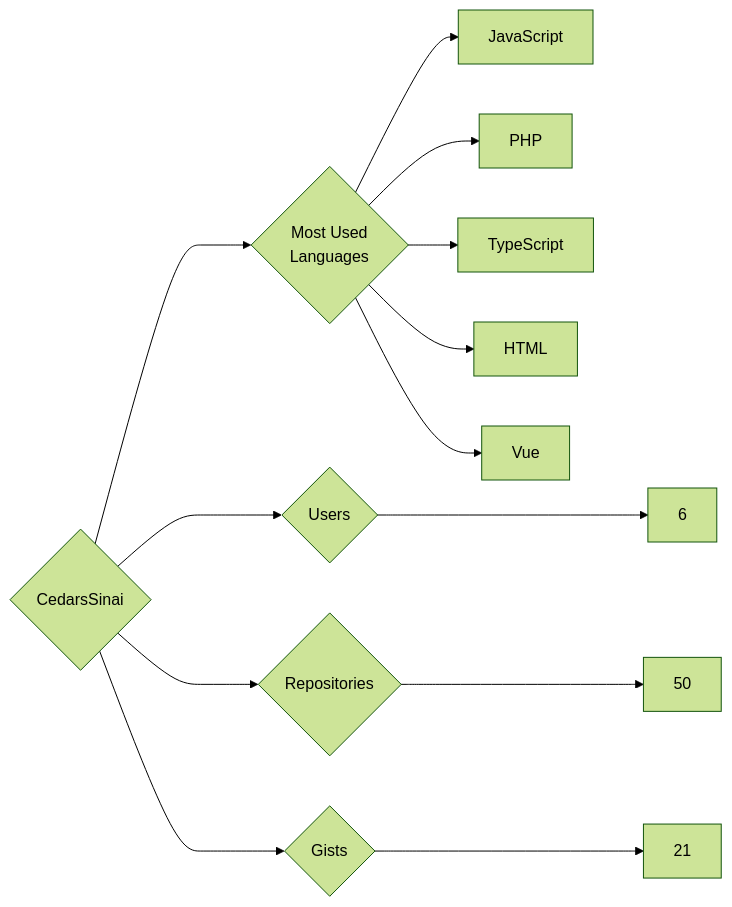
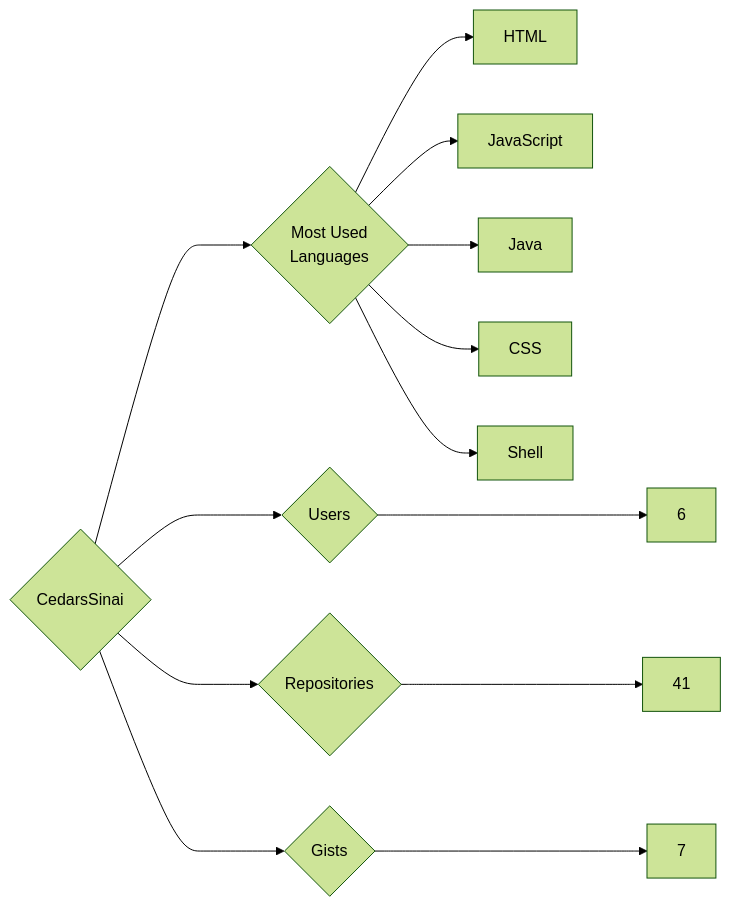
The diagram in targets/CedarsSinai/README.md (trickest/insiders), drawn with Mermaid (forest theme) before and after one commit. The commit also changed 783 other files, not shown here.

````diff
--- a/targets/CedarsSinai/README.md
+++ b/targets/CedarsSinai/README.md
@@ -3,13 +3,13 @@
 ```mermaid
 graph LR
 COMPANY_NAME{CedarsSinai}
 COMPANY_NAME ---> U{Users} ---> UN[6]
-COMPANY_NAME ---> R{Repositories} ---> RN[50]
-COMPANY_NAME ---> G{Gists} ---> GN[21]
+COMPANY_NAME ---> R{Repositories} ---> RN[41]
+COMPANY_NAME ---> G{Gists} ---> GN[7]
 COMPANY_NAME ---> ML{Most Used<br>Languages}
+ML --> HTML[HTML]
 ML --> JavaScript[JavaScript]
-ML --> PHP[PHP]
-ML --> TypeScript[TypeScript]
-ML --> HTML[HTML]
-ML --> Vue[Vue]
+ML --> Java[Java]
+ML --> CSS[CSS]
+ML --> Shell[Shell]
 ```
````
